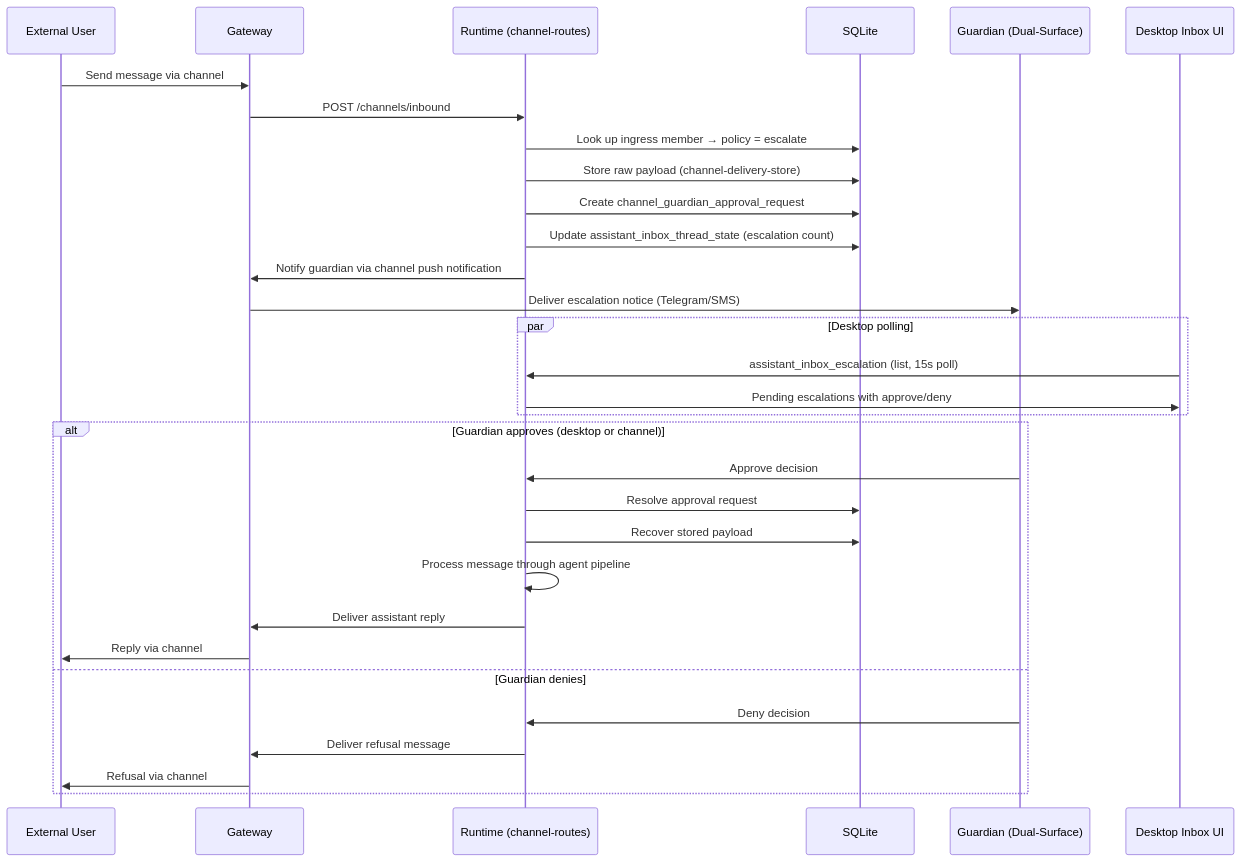
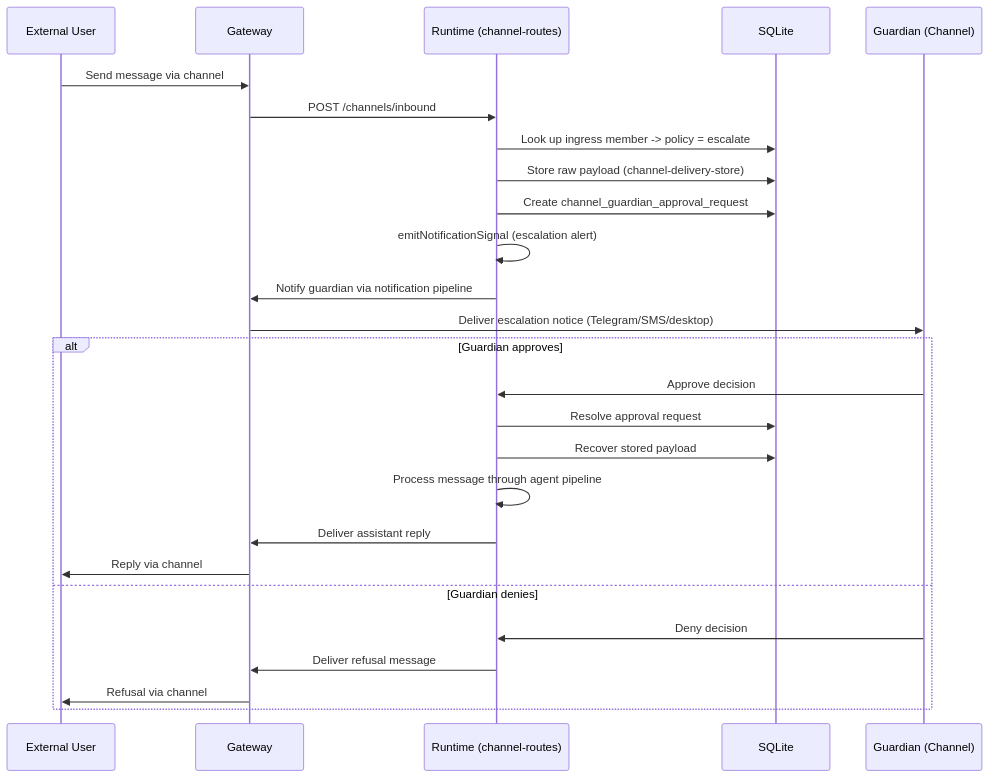
The fourth of 7 diagrams in gateway/ARCHITECTURE.md (vellum-ai/vellum-assistant), drawn with Mermaid before and after one commit. The commit also changed other lines of this file and 8 other files, not shown here.

Commit message:
docs: update architecture and notification docs for canonical pipeline

````diff
--- a/gateway/ARCHITECTURE.md
+++ b/gateway/ARCHITECTURE.md
@@ -335,36 +335,30 @@
 ```mermaid
 sequenceDiagram
     participant Ext as External User
     participant GW as Gateway
     participant RT as Runtime (channel-routes)
     participant DB as SQLite
-    participant Guardian as Guardian (Dual-Surface)
-    participant Desktop as Desktop Inbox UI
+    participant Guardian as Guardian (Channel)
 
     Ext->>GW: Send message via channel
     GW->>RT: POST /channels/inbound
-    RT->>DB: Look up ingress member → policy = escalate
+    RT->>DB: Look up ingress member -> policy = escalate
     RT->>DB: Store raw payload (channel-delivery-store)
     RT->>DB: Create channel_guardian_approval_request
-    RT->>DB: Update assistant_inbox_thread_state (escalation count)
-    RT->>GW: Notify guardian via channel push notification
-    GW->>Guardian: Deliver escalation notice (Telegram/SMS)
+    RT->>RT: emitNotificationSignal (escalation alert)
+    RT->>GW: Notify guardian via notification pipeline
+    GW->>Guardian: Deliver escalation notice (Telegram/SMS/desktop)
 
-    par Desktop polling
-        Desktop->>RT: assistant_inbox_escalation (list, 15s poll)
-        RT->>Desktop: Pending escalations with approve/deny
-    end
-
-    alt Guardian approves (desktop or channel)
+    alt Guardian approves
         Guardian->>RT: Approve decision
         RT->>DB: Resolve approval request
         RT->>DB: Recover stored payload
         RT->>RT: Process message through agent pipeline
         RT->>GW: Deliver assistant reply
         GW->>Ext: Reply via channel
     else Guardian denies
         Guardian->>RT: Deny decision
         RT->>GW: Deliver refusal message
         GW->>Ext: Refusal via channel
     end
 ```
````
